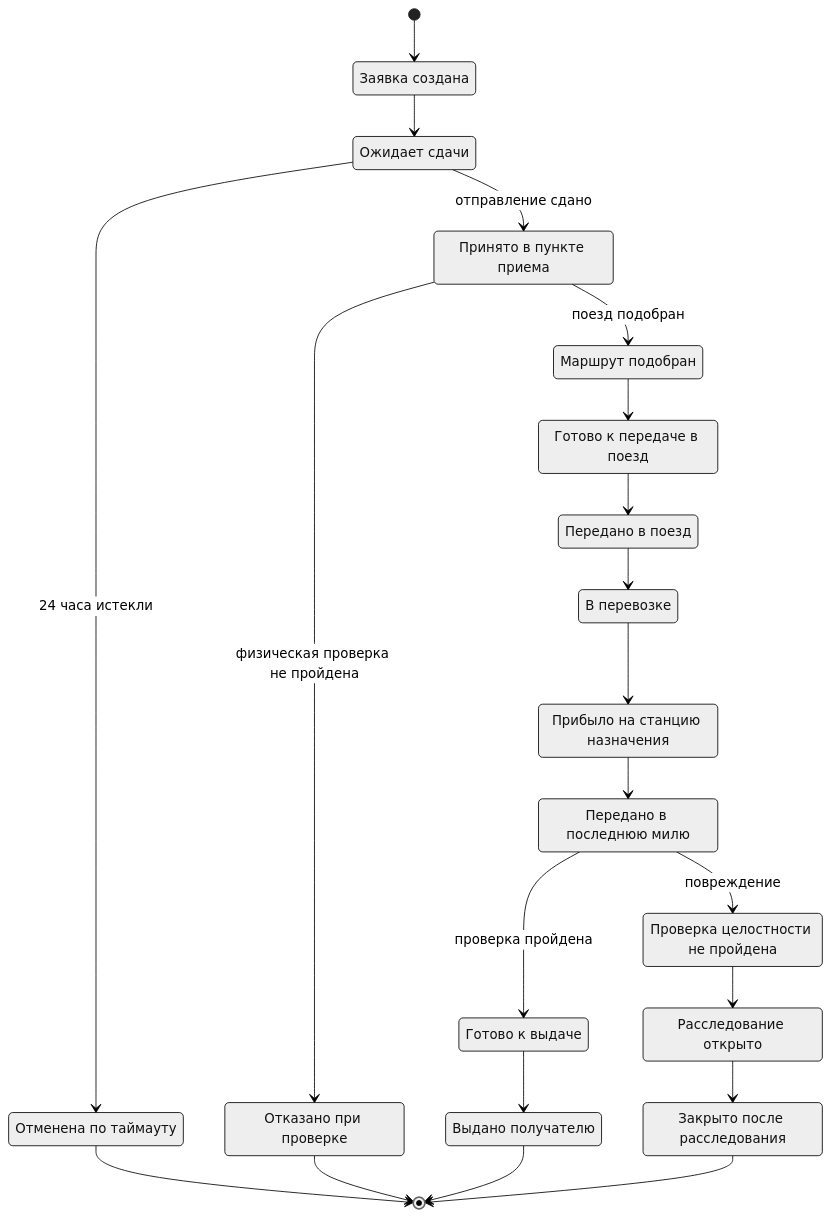
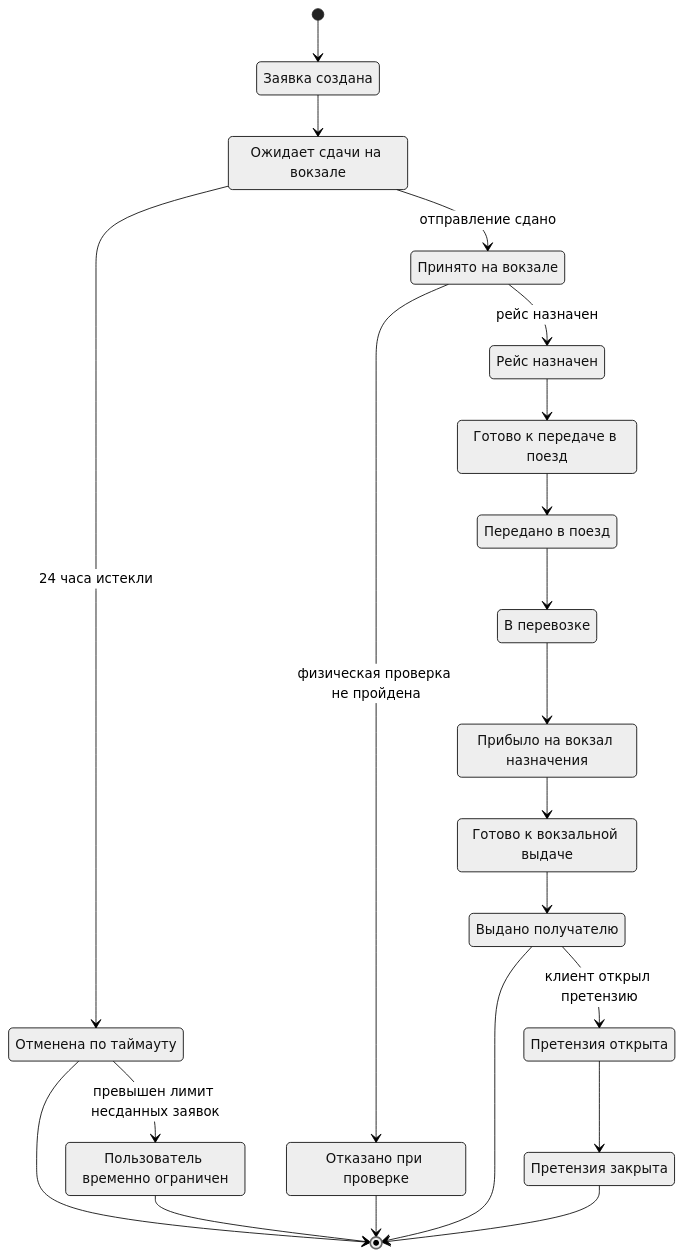
The second of 2 diagrams in 06-сценарии-и-потоки.md (W1zzK1/Plan-dissertation), drawn with Mermaid (neutral theme) before and after one commit. The commit also changed other lines of this file and 19 other files, not shown here.

````diff
--- a/06-сценарии-и-потоки.md
+++ b/06-сценарии-и-потоки.md
@@ -48,40 +47,39 @@
 ```mermaid
 stateDiagram-v2
     [*] --> created
     state "Заявка создана" as created
-    state "Ожидает сдачи" as awaiting_dropoff
+    state "Ожидает сдачи на вокзале" as awaiting_dropoff
     state "Отменена по таймауту" as cancelled_by_timeout
-    state "Принято в пункте приема" as accepted_at_point
+    state "Принято на вокзале" as accepted_at_station
     state "Отказано при проверке" as rejected_at_check
-    state "Маршрут подобран" as route_planned
+    state "Рейс назначен" as train_assigned
     state "Готово к передаче в поезд" as ready_for_train_handoff
     state "Передано в поезд" as handed_to_train
     state "В перевозке" as in_transit
-    state "Прибыло на станцию назначения" as arrived_at_destination
-    state "Передано в последнюю милю" as handed_to_last_mile
-    state "Готово к выдаче" as ready_for_pickup
-    state "Проверка целостности не пройдена" as integrity_check_failed
-    state "Расследование открыто" as investigation_opened
+    state "Прибыло на вокзал назначения" as arrived_at_destination
+    state "Готово к вокзальной выдаче" as ready_for_pickup
     state "Выдано получателю" as delivered
-    state "Закрыто после расследования" as closed_after_investigation
+    state "Претензия открыта" as claim_opened
+    state "Претензия закрыта" as claim_closed
+    state "Пользователь временно ограничен" as user_temporarily_limited
 
     created --> awaiting_dropoff
     awaiting_dropoff --> cancelled_by_timeout: 24 часа истекли
-    awaiting_dropoff --> accepted_at_point: отправление сдано
-    accepted_at_point --> rejected_at_check: физическая проверка не пройдена
-    accepted_at_point --> route_planned: поезд подобран
-    route_planned --> ready_for_train_handoff
+    cancelled_by_timeout --> user_temporarily_limited: превышен лимит несданных заявок
+    awaiting_dropoff --> accepted_at_station: отправление сдано
+    accepted_at_station --> rejected_at_check: физическая проверка не пройдена
+    accepted_at_station --> train_assigned: рейс назначен
+    train_assigned --> ready_for_train_handoff
     ready_for_train_handoff --> handed_to_train
     handed_to_train --> in_transit
     in_transit --> arrived_at_destination
-    arrived_at_destination --> handed_to_last_mile
-    handed_to_last_mile --> integrity_check_failed: повреждение
-    integrity_check_failed --> investigation_opened
-    investigation_opened --> closed_after_investigation
-    handed_to_last_mile --> ready_for_pickup: проверка пройдена
+    arrived_at_destination --> ready_for_pickup
     ready_for_pickup --> delivered
+    delivered --> claim_opened: клиент открыл претензию
+    claim_opened --> claim_closed
     cancelled_by_timeout --> [*]
+    user_temporarily_limited --> [*]
     rejected_at_check --> [*]
     delivered --> [*]
-    closed_after_investigation --> [*]
+    claim_closed --> [*]
 ```
````
